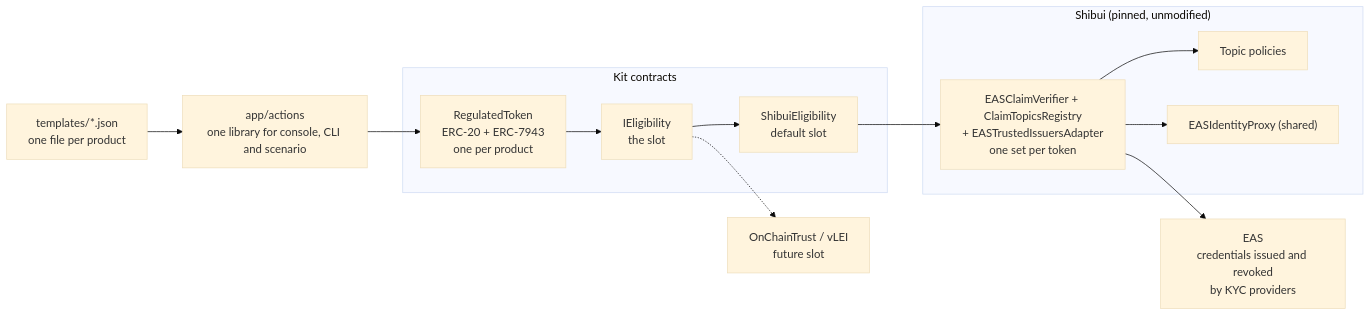
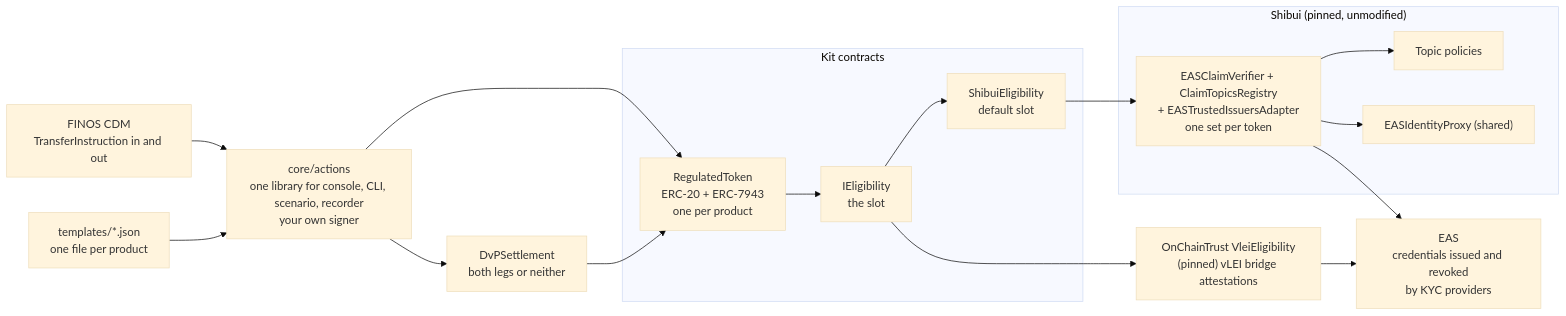
One commit to finos-hack/fall-hackathon-2026-beta changed the diagram in docs/architecture.md. Above: the diagram before and after it, drawn with Mermaid (base theme). The commit also changed other lines of this file and 36 other files, not shown here.

````diff
--- a/docs/architecture.md
+++ b/docs/architecture.md
@@ -5,22 +5,25 @@
 ```mermaid
 flowchart LR
+  CDM["FINOS CDM<br/>TransferInstruction in and out"] --> Actions
   Templates["templates/*.json<br/>one file per product"] --> Actions
-  Actions["app/actions<br/>one library for console, CLI and scenario"] --> Token
+  Actions["core/actions<br/>one library for console, CLI, scenario, recorder<br/>your own signer"] --> Token
+  Actions --> DvP["DvPSettlement<br/>both legs or neither"]
+  DvP --> Token
   subgraph Kit["Kit contracts"]
     Token["RegulatedToken<br/>ERC-20 + ERC-7943<br/>one per product"]
     Slot["IEligibility<br/>the slot"]
     Adapter["ShibuiEligibility<br/>default slot"]
   end
   subgraph Shibui["Shibui (pinned, unmodified)"]
     Verifier["EASClaimVerifier + ClaimTopicsRegistry<br/>+ EASTrustedIssuersAdapter<br/>one set per token"]
     Policies["Topic policies"]
     Proxy["EASIdentityProxy (shared)"]
   end
   EAS["EAS<br/>credentials issued and revoked<br/>by KYC providers"]
-  Future["OnChainTrust / vLEI<br/>future slot"]
+  Vlei["OnChainTrust VleiEligibility<br/>(pinned) vLEI bridge attestations"]
   Token --> Slot --> Adapter --> Verifier
-  Slot -.-> Future
+  Slot --> Vlei --> EAS
   Verifier --> Policies
   Verifier --> Proxy
   Verifier --> EAS
 ```
````
